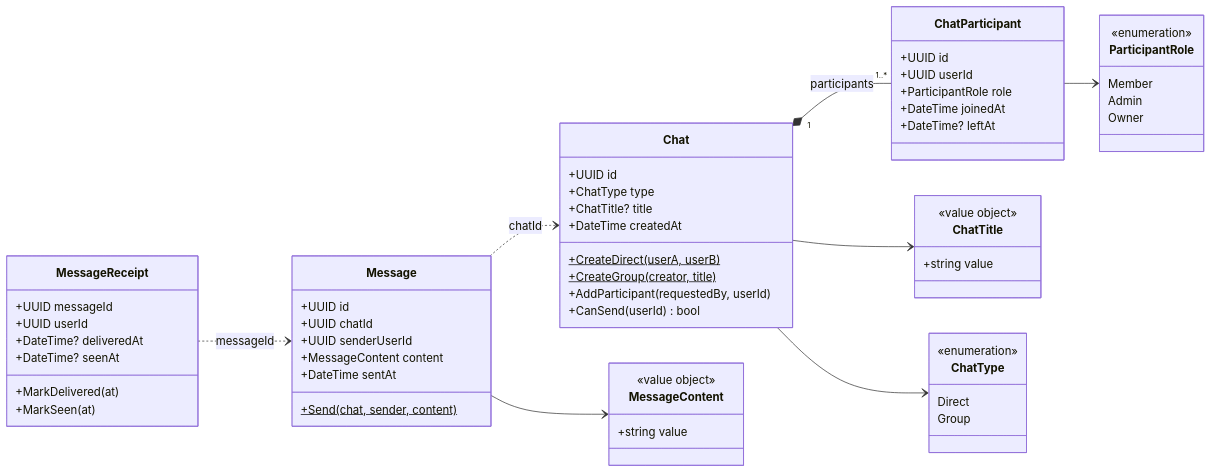
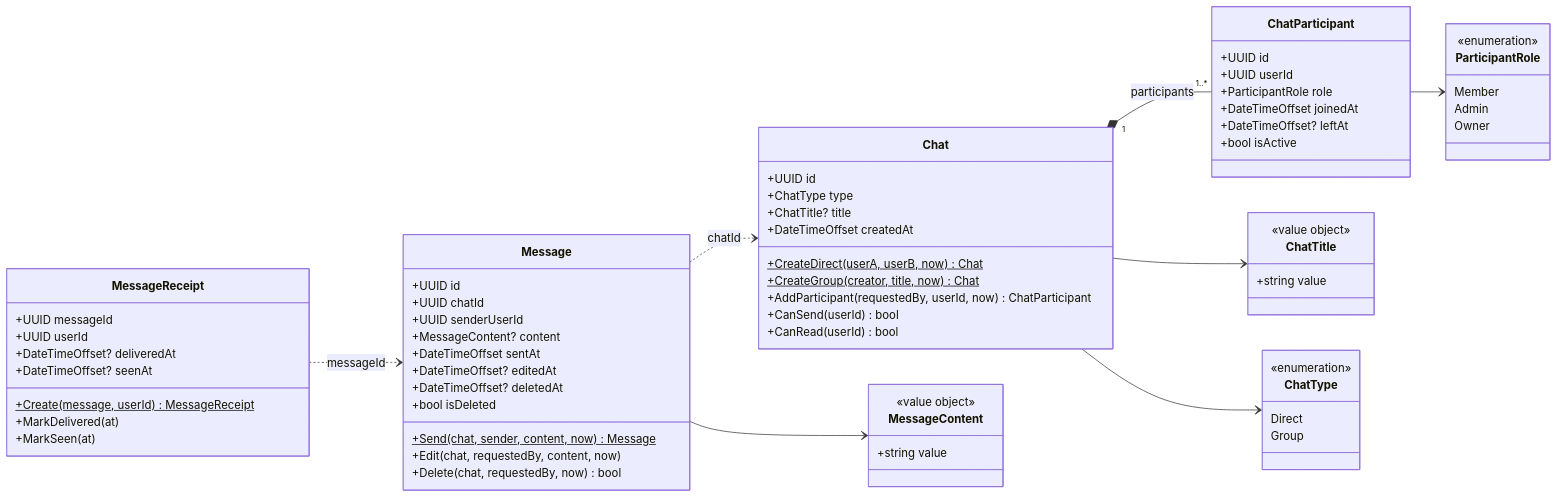
One commit to PBSW-easv-ea-peter/Bizcord changed the diagram in apps/chat-context/docs/chatservice-domain.md. Above: the diagram before and after it, drawn with Mermaid. The commit also changed other lines of this file and 21 other files, not shown here.

First line of the commit message:
Week 38: PUT/DELETE for messages, document shared-model decision, update domain diagram

````diff
--- a/apps/chat-context/docs/chatservice-domain.md
+++ b/apps/chat-context/docs/chatservice-domain.md
@@ -1,81 +1,87 @@
 ```mermaid
 classDiagram
     direction LR
- 
+
     %% Aggregat: Chat (rod) + ChatParticipant
     class Chat {
         +UUID id
         +ChatType type
         +ChatTitle? title
-        +DateTime createdAt
+        +DateTimeOffset createdAt
         %% +bool isArchived (NOT mvp)
-        +CreateDirect(userA, userB)$
-        +CreateGroup(creator, title)$
-        +AddParticipant(requestedBy, userId)
+        +CreateDirect(userA, userB, now)$ Chat
+        +CreateGroup(creator, title, now)$ Chat
+        +AddParticipant(requestedBy, userId, now) ChatParticipant
         +CanSend(userId) bool
+        +CanRead(userId) bool
     }
- 
+
     class ChatParticipant {
         +UUID id
         +UUID userId
         +ParticipantRole role
-        +DateTime joinedAt
-        +DateTime? leftAt
+        +DateTimeOffset joinedAt
+        +DateTimeOffset? leftAt
+        +bool isActive
     }
- 
+
     %% Aggregat: Message (rod) - refererer Chat via id
     class Message {
         +UUID id
         +UUID chatId
         +UUID senderUserId
-        +MessageContent content
+        +MessageContent? content
         %% +MessageType messageType (NOT mvp)
-        +DateTime sentAt
-        %% +DateTime? editedAt (NOT mvp)
-        %% +DateTime? deletedAt (NOT mvp)
-        +Send(chat, sender, content)$
+        +DateTimeOffset sentAt
+        +DateTimeOffset? editedAt
+        +DateTimeOffset? deletedAt
+        +bool isDeleted
+        +Send(chat, sender, content, now)$ Message
+        +Edit(chat, requestedBy, content, now)
+        +Delete(chat, requestedBy, now) bool
     }
- 
+
     %% Første gang en bruger fik leveret/så en besked - overskrives aldrig
     %% Identitet: (messageId, userId)
     class MessageReceipt {
         +UUID messageId
         +UUID userId
-        +DateTime? deliveredAt
-        +DateTime? seenAt
+        +DateTimeOffset? deliveredAt
+        +DateTimeOffset? seenAt
+        +Create(message, userId)$ MessageReceipt
         +MarkDelivered(at)
         +MarkSeen(at)
     }
- 
+
     class ChatTitle {
 <<value object>>
         +string value
     }
- 
+
     class MessageContent {
 <<value object>>
         +string value
     }
- 
+
     class ParticipantRole {
 <<enumeration>>
         Member
         Admin
         Owner
     }
- 
+
     class ChatType {
 <<enumeration>>
         Direct
         Group
     }
- 
+
     %% MessageType enum (NOT mvp): Text, Image, File, System
- 
+
     Chat "1" *-- "1..*" ChatParticipant : participants
     Message ..> Chat : chatId
     MessageReceipt ..> Message : messageId
- 
+
     Chat --> ChatType
     Chat --> ChatTitle
     ChatParticipant --> ParticipantRole
````
